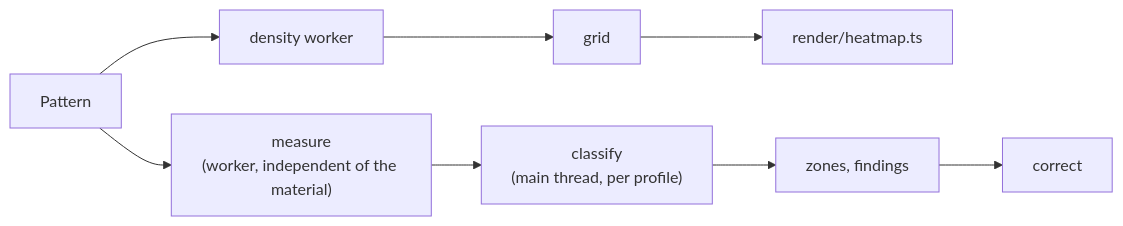
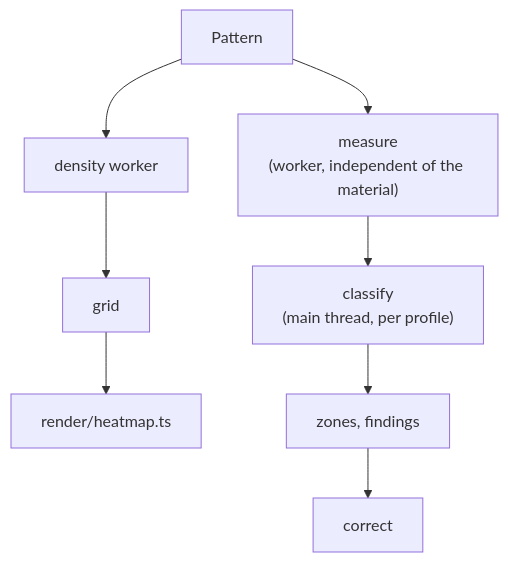
One commit to pfedan/heatstitch changed the third of 3 diagrams in ARCHITECTURE.md. Above: the diagram before and after it, drawn with Mermaid. The commit also changed other lines of this file, not shown here.

First line of the commit message:
docs: Lay out the ARCHITECTURE.md diagrams top to bottom so they fit

````diff
--- a/ARCHITECTURE.md
+++ b/ARCHITECTURE.md
@@ -258,6 +258,6 @@
 ```mermaid
-flowchart LR
+flowchart TB
   P[Pattern] --> DW[density worker] --> G[grid] --> H[render/heatmap.ts]
   P --> M["measure<br/>(worker, independent of the material)"]
   M --> C["classify<br/>(main thread, per profile)"] --> Z["zones, findings"] --> K[correct]
 ```
````
